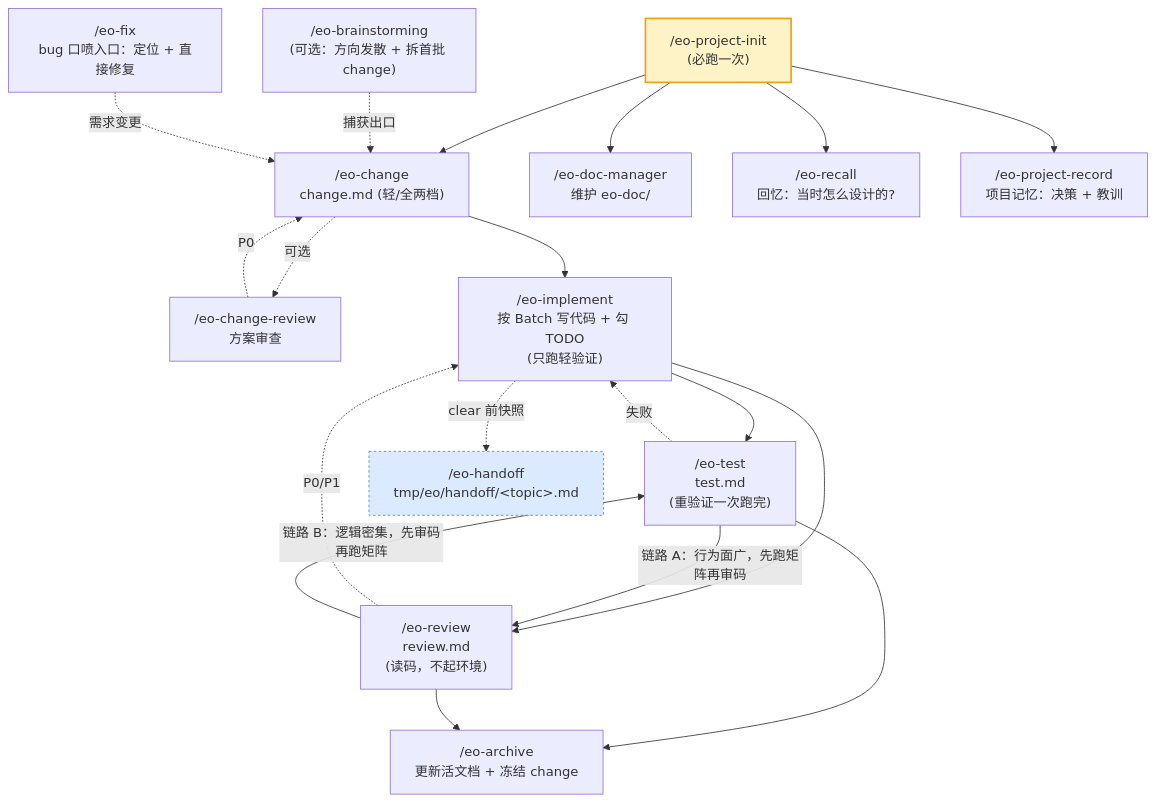
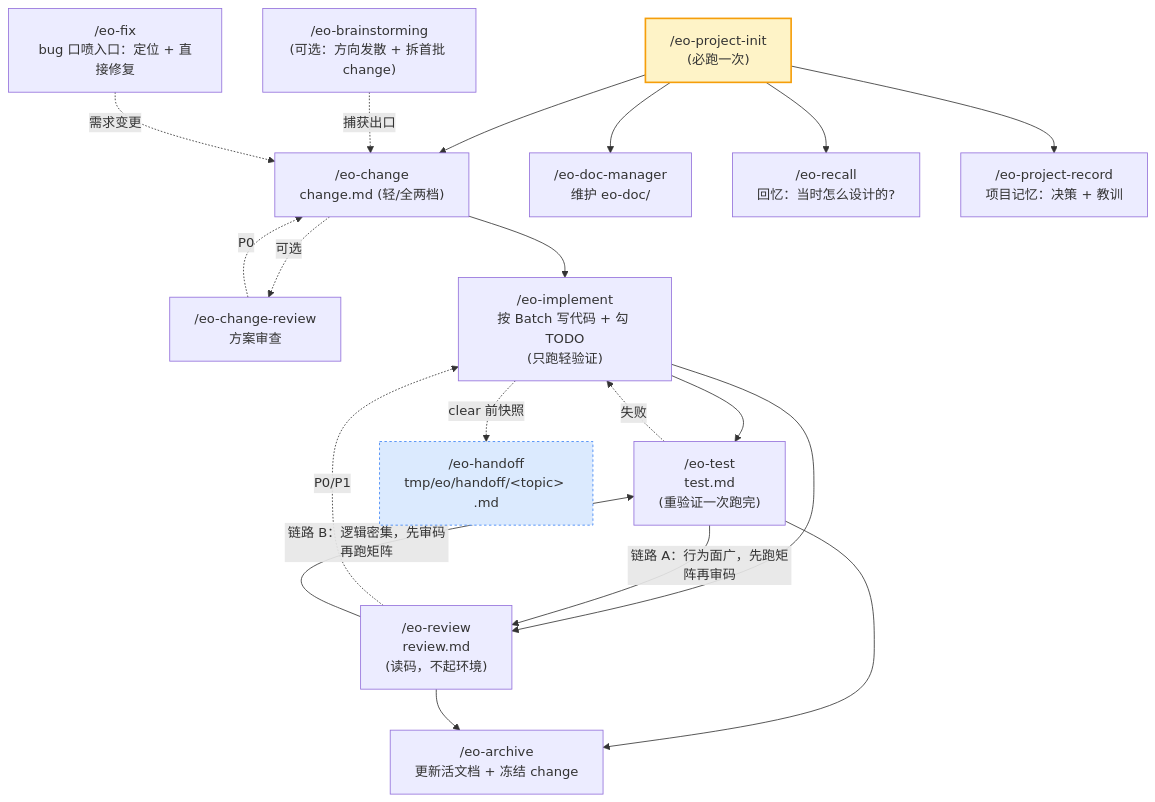
Before and after one commit to SimpleEve/eo-skills: the diagram in README.md, drawn with Mermaid. The commit also changed 5 other files, not shown here.

Commit message:
[eo-helper-entry] 结算验证工件：AC-9 人工验收通过（用户确认 2026-07-26）+ test.md 报告 + PTY 测试套件 + README mermaid 字符

````diff
--- a/README.md
+++ b/README.md
@@ -103,28 +103,28 @@
 ```mermaid
 flowchart TD
     Init["/eo-project-init<br/>(必跑一次)"]:::entry --> Change
     Brain["/eo-brainstorming<br/>(可选：方向发散 + 拆首批 change)"] -.捕获出口.-> Change["/eo-change<br/>change.md (轻/全两档)"]
     Change -.可选.-> CR["/eo-change-review<br/>方案审查"]
     CR -.P0.-> Change
     Change --> Imp["/eo-implement<br/>按 Batch 写代码 + 勾 TODO<br/>(只跑轻验证)"]
     Imp --> Test["/eo-test<br/>test.md<br/>(重验证一次跑完)"]
     Imp --> Rev["/eo-review<br/>review.md<br/>(读码，不起环境)"]
     Test -.失败.-> Imp
     Rev -.P0/P1.-> Imp
     Test -->|链路 A：行为面广，先跑矩阵再审码| Rev
     Rev -->|链路 B：逻辑密集，先审码再跑矩阵| Test
     Test --> Arch["/eo-archive<br/>更新活文档 + 冻结 change"]
     Rev --> Arch
 
     Fix["/eo-fix<br/>bug 口喷入口：定位 + 直接修复"] -.需求变更.-> Change
 
 
     Init --> Doc["/eo-doc-manager<br/>维护 eo-doc/"]
     Init --> Rec["/eo-recall<br/>回忆：当时怎么设计的?"]
     Init --> PRec["/eo-project-record<br/>项目记忆：决策 + 教训"]
 
-    Imp -.clear 前快照.-> Hand["/eo-handoff<br/>tmp/eo/handoff/&lt;topic&gt;.md"]:::cross
+    Imp -.clear 前快照.-> Hand["/eo-handoff<br/>tmp/eo/handoff/&lt;topic&gt; .md"]:::cross
 
     classDef entry fill:#fef3c7,stroke:#f59e0b,stroke-width:2px
     classDef cross fill:#dbeafe,stroke:#3b82f6,stroke-dasharray: 3 3
 ```
````
